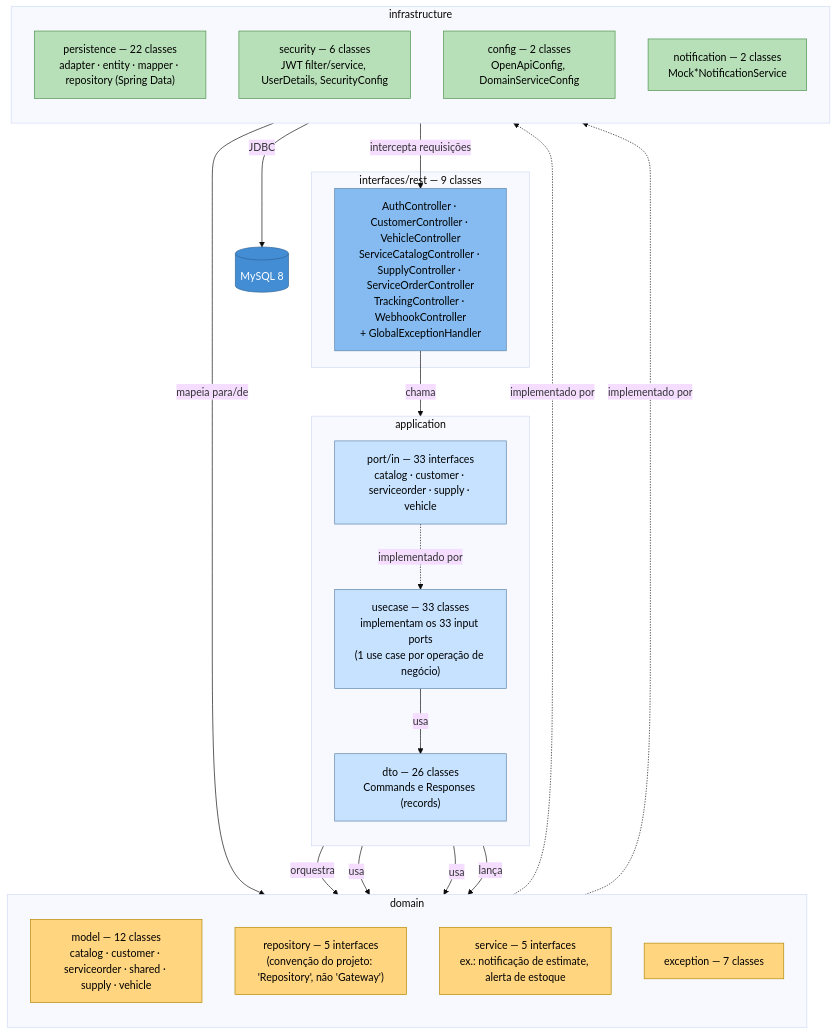
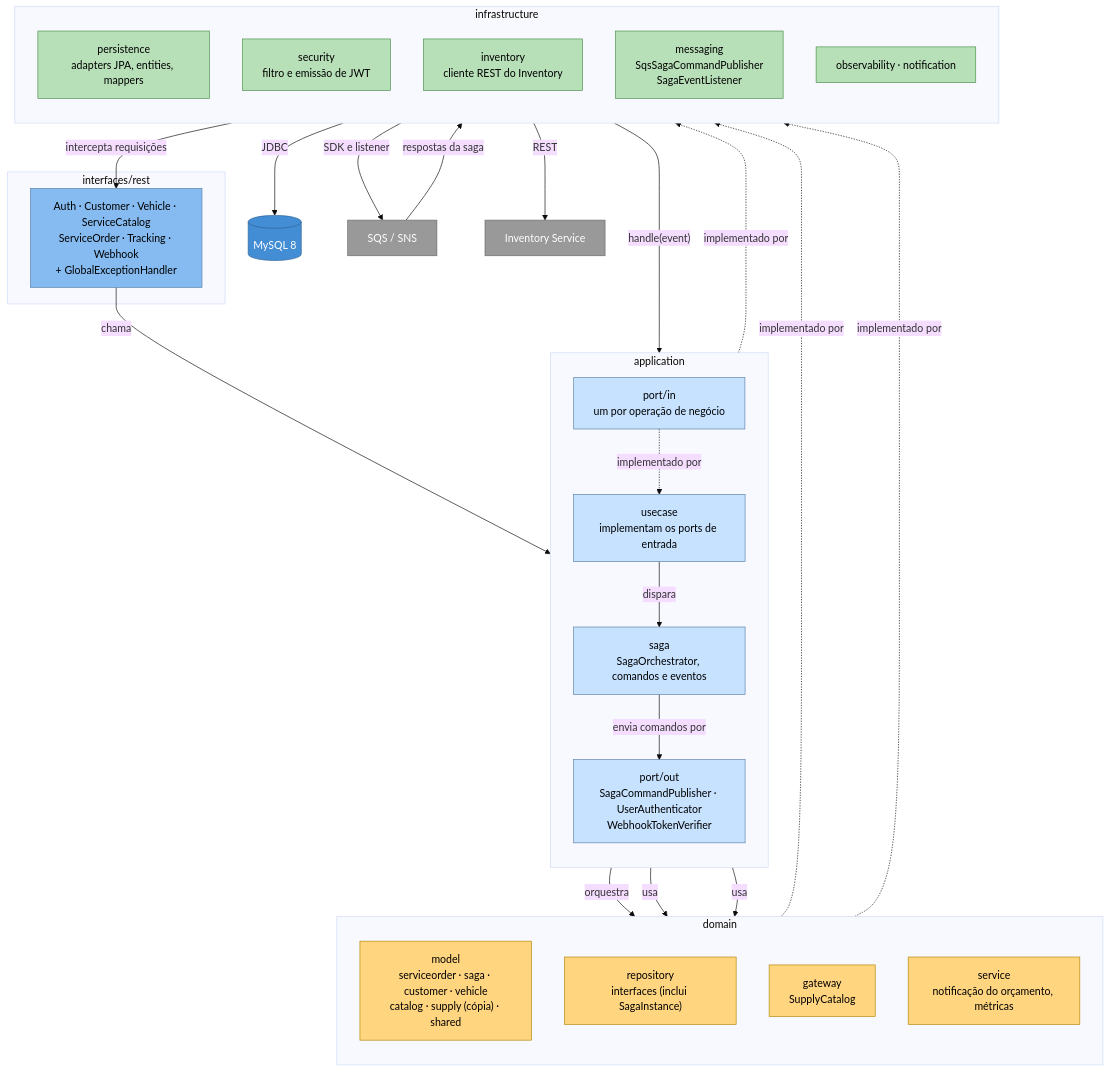
One commit to Adriana-Meyer/fiap-tech-challenge-os-service changed the tenth of 10 diagrams in docs/ARCHITECTURE.md. Above: the diagram before and after it, drawn with Mermaid (base theme). The commit also changed other lines of this file and 12 other files, not shown here.

First line of the commit message:
docs: document the four-service architecture, the saga and the Phase 4 decisions (#47)

````diff
--- a/docs/ARCHITECTURE.md
+++ b/docs/ARCHITECTURE.md
@@ -162,50 +341,59 @@
 ```mermaid
 flowchart TB
     classDef controller fill:#85bbf0,stroke:#5d82a8,color:#000
     classDef port fill:#c6e2ff,stroke:#5d82a8,color:#000
     classDef domain fill:#ffd580,stroke:#b38600,color:#000
     classDef infra fill:#b8e0b8,stroke:#4a8f4a,color:#000
     classDef db fill:#438dd5,stroke:#2e6295,color:#fff
+    classDef ext fill:#999999,stroke:#6b6b6b,color:#fff
 
-    subgraph REST["interfaces/rest — 9 classes"]
-        Controllers["AuthController · CustomerController · VehicleController<br/>ServiceCatalogController · SupplyController · ServiceOrderController<br/>TrackingController · WebhookController<br/>+ GlobalExceptionHandler"]:::controller
+    subgraph REST["interfaces/rest"]
+        Controllers["Auth · Customer · Vehicle · ServiceCatalog<br/>ServiceOrder · Tracking · Webhook<br/>+ GlobalExceptionHandler"]:::controller
     end
 
     subgraph APP["application"]
         direction TB
-        PortsIn["port/in — 33 interfaces<br/>catalog · customer · serviceorder · supply · vehicle"]:::port
-        UseCases["usecase — 33 classes<br/>implementam os 33 input ports<br/>(1 use case por operação de negócio)"]:::port
-        DTO["dto — 26 classes<br/>Commands e Responses (records)"]:::port
+        PortsIn["port/in<br/>um por operação de negócio"]:::port
+        UseCases["usecase<br/>implementam os ports de entrada"]:::port
+        Saga["saga<br/>SagaOrchestrator, comandos e eventos"]:::port
+        PortsOut["port/out<br/>SagaCommandPublisher · UserAuthenticator<br/>WebhookTokenVerifier"]:::port
     end
 
     subgraph DOM["domain"]
         direction TB
-        Model["model — 12 classes<br/>catalog · customer · serviceorder · shared · supply · vehicle"]:::domain
-        Repo["repository — 5 interfaces<br/>(convenção do projeto: 'Repository', não 'Gateway')"]:::domain
-        DomSvc["service — 5 interfaces<br/>ex.: notificação de estimate, alerta de estoque"]:::domain
-        DomExc["exception — 7 classes"]:::domain
+        Model["model<br/>serviceorder · saga · customer · vehicle<br/>catalog · supply (cópia) · shared"]:::domain
+        Repo["repository<br/>interfaces (inclui SagaInstance)"]:::domain
+        Gateway["gateway<br/>SupplyCatalog"]:::domain
+        DomSvc["service<br/>notificação do orçamento, métricas"]:::domain
     end
 
     subgraph INFRA["infrastructure"]
         direction TB
-        Persist["persistence — 22 classes<br/>adapter · entity · mapper · repository (Spring Data)"]:::infra
-        Security["security — 6 classes<br/>JWT filter/service, UserDetails, SecurityConfig"]:::infra
-        Config["config — 2 classes<br/>OpenApiConfig, DomainServiceConfig"]:::infra
-        Notif["notification — 2 classes<br/>Mock*NotificationService"]:::infra
+        Persist["persistence<br/>adapters JPA, entities, mappers"]:::infra
+        Security["security<br/>filtro e emissão de JWT"]:::infra
+        Inventory["inventory<br/>cliente REST do Inventory"]:::infra
+        Messaging["messaging<br/>SqsSagaCommandPublisher<br/>SagaEventListener"]:::infra
+        Obs["observability · notification"]:::infra
     end
 
     MySQL[("MySQL 8")]:::db
+    Fila["SQS / SNS"]:::ext
+    InvSvc["Inventory Service"]:::ext
 
     Controllers -- "chama" --> PortsIn
     PortsIn -. "implementado por" .-> UseCases
-    UseCases -- "usa" --> DTO
     UseCases -- "orquestra" --> Model
     UseCases -- "usa" --> Repo
-    UseCases -- "usa" --> DomSvc
-    UseCases -- "lança" --> DomExc
+    UseCases -- "usa" --> Gateway
+    UseCases -- "dispara" --> Saga
+    Saga -- "envia comandos por" --> PortsOut
     Repo -. "implementado por" .-> Persist
-    DomSvc -. "implementado por" .-> Notif
-    Persist -- "mapeia para/de" --> Model
+    Gateway -. "implementado por" .-> Inventory
+    PortsOut -. "implementado por" .-> Messaging
     Persist -- "JDBC" --> MySQL
+    Inventory -- "REST" --> InvSvc
+    Messaging -- "SDK e listener" --> Fila
+    Fila -- "respostas da saga" --> Messaging
+    Messaging -- "handle(event)" --> Saga
     Security -- "intercepta requisições" --> Controllers
 ```
````
